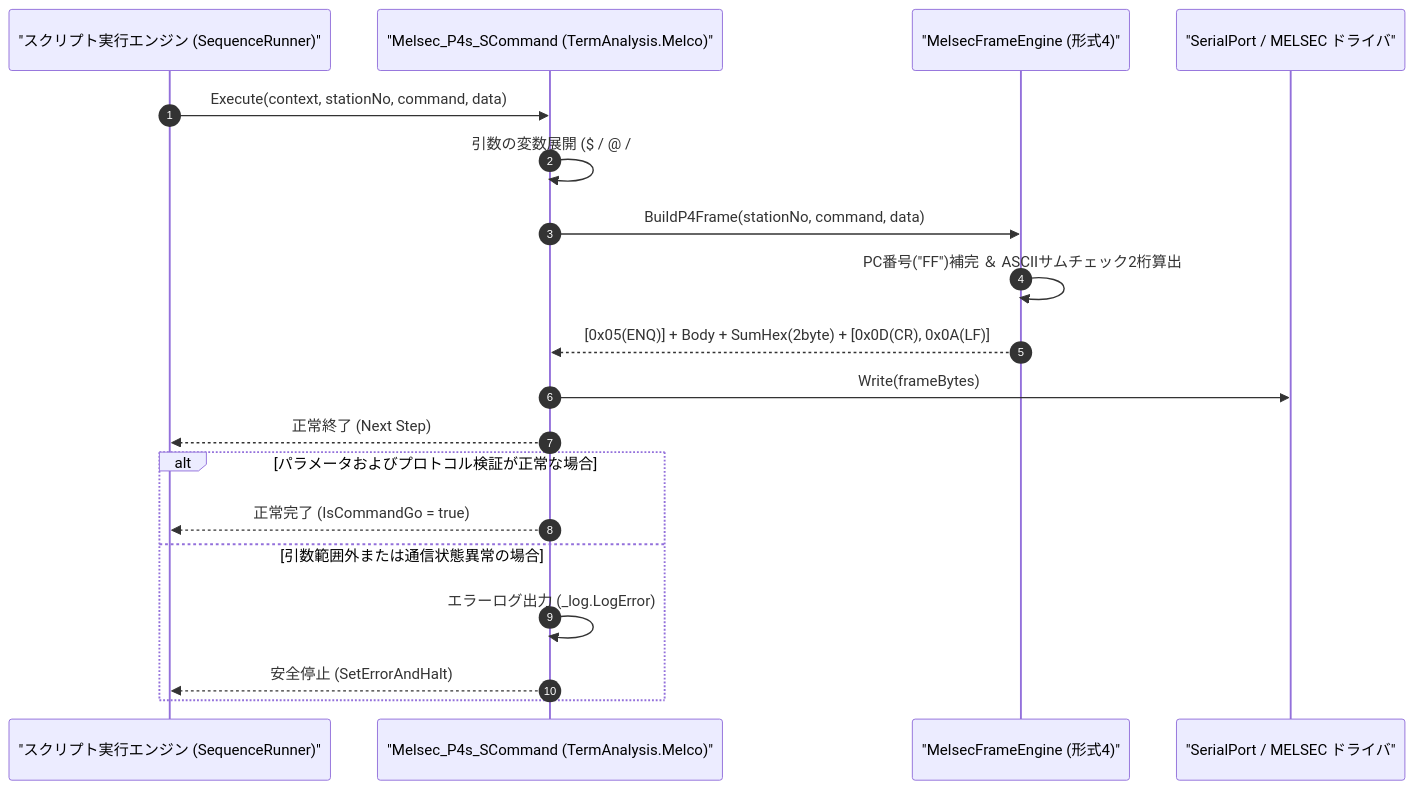
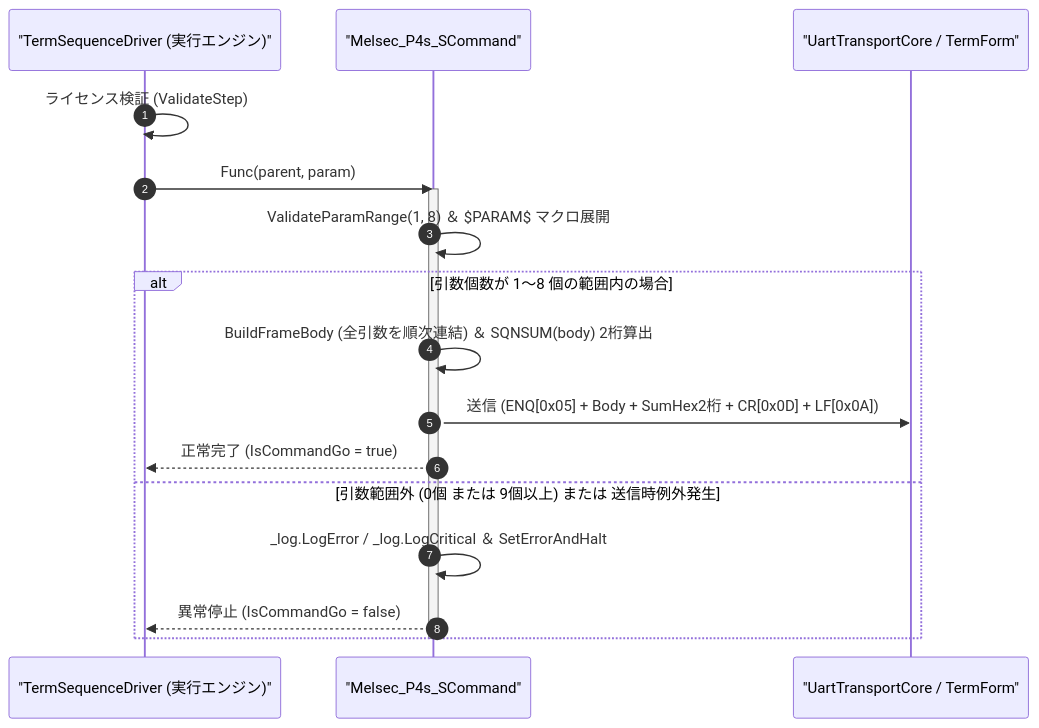
The diagram in Manual/Melco/Melsec_P4s_S.Md (Monaca-App/TermAddIn), drawn with Mermaid before and after one commit. The commit also changed other lines of this file and 157 other files, not shown here.

````diff
--- a/Manual/Melco/Melsec_P4s_S.Md
+++ b/Manual/Melco/Melsec_P4s_S.Md
@@ -71,22 +79,21 @@
 ```mermaid
 sequenceDiagram
     autonumber
-    participant Script as "スクリプト実行エンジン (SequenceRunner)"
-    participant Cmd as "Melsec_P4s_SCommand (TermAnalysis.Melco)"
-    participant Framing as "MelsecFrameEngine (形式4)"
-    participant Port as "SerialPort / MELSEC ドライバ"
+    participant Driver as "TermSequenceDriver (実行エンジン)"
+    participant Cmd as "Melsec_P4s_SCommand"
+    participant Port as "UartTransportCore / TermForm"
 
-    Script->>Cmd: Execute(context, stationNo, command, data)
-    Cmd->>Cmd: 引数の変数展開 ($ / @ / #)
-    Cmd->>Framing: BuildP4Frame(stationNo, command, data)
-    Framing->>Framing: PC番号("FF")補完 ＆ ASCIIサムチェック2桁算出
-    Framing-->>Cmd: [0x05(ENQ)] + Body + SumHex(2byte) + [0x0D(CR), 0x0A(LF)]
-    Cmd->>Port: Write(frameBytes)
-    Cmd-->>Script: 正常終了 (Next Step)
-    alt パラメータおよびプロトコル検証が正常な場合
-        Cmd-->>Script: 正常完了 (IsCommandGo = true)
-    else 引数範囲外または通信状態異常の場合
-        Cmd->>Cmd: エラーログ出力 (_log.LogError)
-        Cmd-->>Script: 安全停止 (SetErrorAndHalt)
+    Driver->>Driver: ライセンス検証 (ValidateStep)
+    Driver->>Cmd: Func(parent, param)
+    activate Cmd
+    Cmd->>Cmd: ValidateParamRange(1, 8) ＆ $PARAM$ マクロ展開
+    alt 引数個数が 1〜8 個の範囲内の場合
+        Cmd->>Cmd: BuildFrameBody (全引数を順次連結) ＆ SQNSUM(body) 2桁算出
+        Cmd->>Port: 送信 (ENQ[0x05] + Body + SumHex2桁 + CR[0x0D] + LF[0x0A])
+        Cmd-->>Driver: 正常完了 (IsCommandGo = true)
+    else 引数範囲外 (0個 または 9個以上) または 送信時例外発生
+        Cmd->>Cmd: _log.LogError / _log.LogCritical ＆ SetErrorAndHalt
+        Cmd-->>Driver: 異常停止 (IsCommandGo = false)
     end
+    deactivate Cmd
 ```
````
